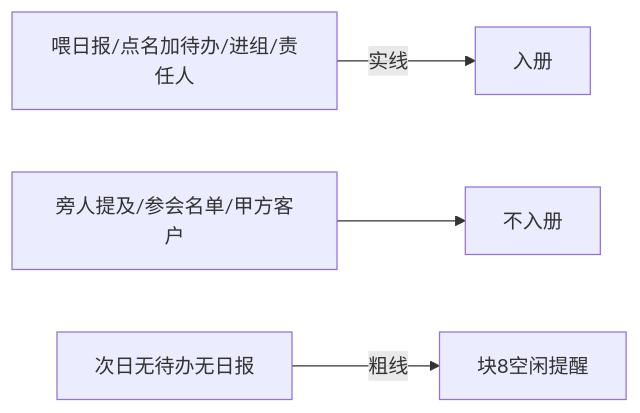
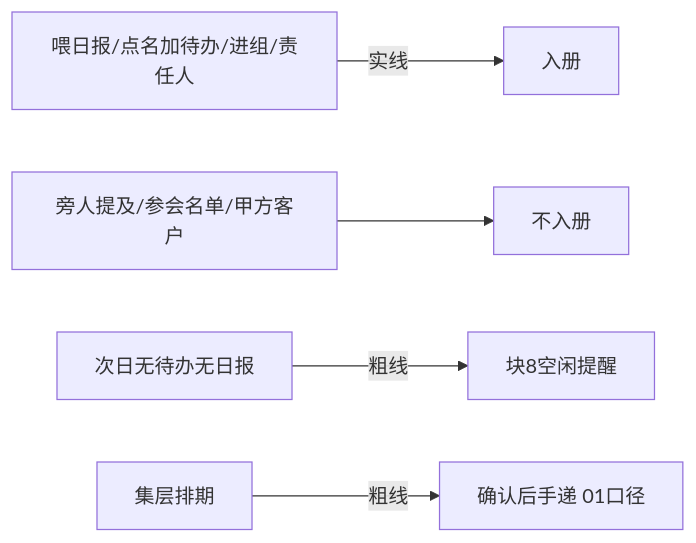
Diagram 12 of 23 in ChronoPM-Project/SKILL_MODULE_MAP.md (qiusuo0226/chrono-pm-skill), drawn with Mermaid before and after one commit. The commit also changed other lines of this file and 12 other files, not shown here.

````diff
--- a/ChronoPM-Project/SKILL_MODULE_MAP.md
+++ b/ChronoPM-Project/SKILL_MODULE_MAP.md
@@ -135,6 +138,7 @@
 ```mermaid
 flowchart LR
   A[喂日报/点名加待办/进组/责任人] -->|实线| R[入册]
   B[旁人提及/参会名单/甲方客户] --> X[不入册]
   C[次日无待办无日报] -->|粗线| B8[块8空闲提醒]
+  HO[集层排期] -->|粗线| V9[确认后手递 01口径]
 ```
````
